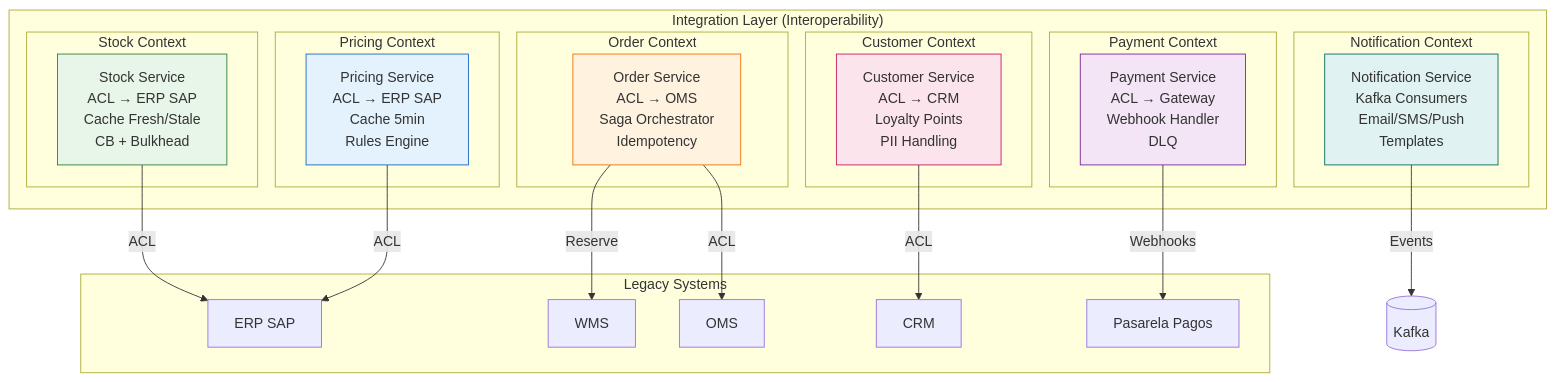
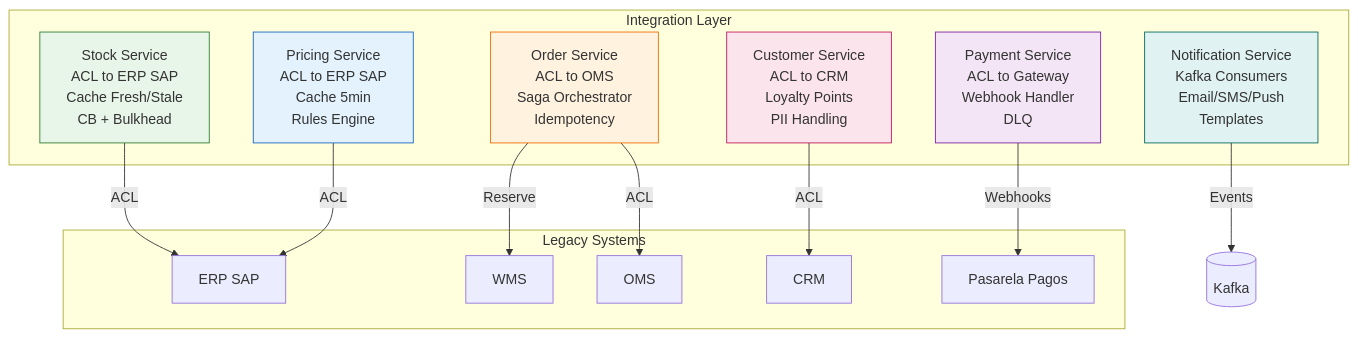
The second of 5 diagrams in ARCHITECTURE.md (shadoweagle1228/prueba-vortex), drawn with Mermaid before and after one commit. The commit also changed other lines of this file, not shown here.

Commit message:
fix: Convert context diagram to flowchart syntax to fix Mermaid render error

````diff
--- a/ARCHITECTURE.md
+++ b/ARCHITECTURE.md
@@ -209,51 +201,36 @@
 ```mermaid
-graph TB
-    subgraph "Integration Layer (Interoperability)"
-        subgraph "Stock Context"
-            STOCK_SVC[Stock Service<br/>ACL → ERP SAP<br/>Cache Fresh/Stale<br/>CB + Bulkhead]
-        end
-
-        subgraph "Pricing Context"
-            PRICE_SVC[Pricing Service<br/>ACL → ERP SAP<br/>Cache 5min<br/>Rules Engine]
-        end
-
-        subgraph "Order Context"
-            ORDER_SVC[Order Service<br/>ACL → OMS<br/>Saga Orchestrator<br/>Idempotency]
-        end
-
-        subgraph "Customer Context"
-            CUSTOMER_SVC[Customer Service<br/>ACL → CRM<br/>Loyalty Points<br/>PII Handling]
-        end
-
-        subgraph "Payment Context"
-            PAYMENT_SVC[Payment Service<br/>ACL → Gateway<br/>Webhook Handler<br/>DLQ]
-        end
-
-        subgraph "Notification Context"
-            NOTIF_SVC[Notification Service<br/>Kafka Consumers<br/>Email/SMS/Push<br/>Templates]
-        end
+flowchart TB
+    subgraph Integ["Integration Layer"]
+        STOCK_SVC["Stock Service<br/>ACL to ERP SAP<br/>Cache Fresh/Stale<br/>CB + Bulkhead"]
+        PRICE_SVC["Pricing Service<br/>ACL to ERP SAP<br/>Cache 5min<br/>Rules Engine"]
+        ORDER_SVC["Order Service<br/>ACL to OMS<br/>Saga Orchestrator<br/>Idempotency"]
+        CUSTOMER_SVC["Customer Service<br/>ACL to CRM<br/>Loyalty Points<br/>PII Handling"]
+        PAYMENT_SVC["Payment Service<br/>ACL to Gateway<br/>Webhook Handler<br/>DLQ"]
+        NOTIF_SVC["Notification Service<br/>Kafka Consumers<br/>Email/SMS/Push<br/>Templates"]
     end
 
-    subgraph "Legacy Systems"
-        ERP[ERP SAP]
-        WMS[WMS]
-        OMS[OMS]
-        CRM[CRM]
-        PAYGW[Pasarela Pagos]
+    subgraph Legacy["Legacy Systems"]
+        ERP["ERP SAP"]
+        WMS["WMS"]
+        OMS["OMS"]
+        CRM["CRM"]
+        PAYGW["Pasarela Pagos"]
     end
+
+    KAFKA[("Kafka")]
 
     STOCK_SVC -->|ACL| ERP
     PRICE_SVC -->|ACL| ERP
     ORDER_SVC -->|ACL| OMS
     ORDER_SVC -->|Reserve| WMS
     CUSTOMER_SVC -->|ACL| CRM
     PAYMENT_SVC -->|Webhooks| PAYGW
-    NOTIF_SVC -->|Events| KAFKA[(Kafka)]
+    NOTIF_SVC -->|Events| KAFKA
 
     style STOCK_SVC fill:#e8f5e9,stroke:#2e7d32
     style PRICE_SVC fill:#e3f2fd,stroke:#1565c0
     style ORDER_SVC fill:#fff3e0,stroke:#ef6c00
     style CUSTOMER_SVC fill:#fce4ec,stroke:#c2185b
     style PAYMENT_SVC fill:#f3e5f5,stroke:#7b1fa2
     style NOTIF_SVC fill:#e0f2f1,stroke:#00695c
 ```
````
